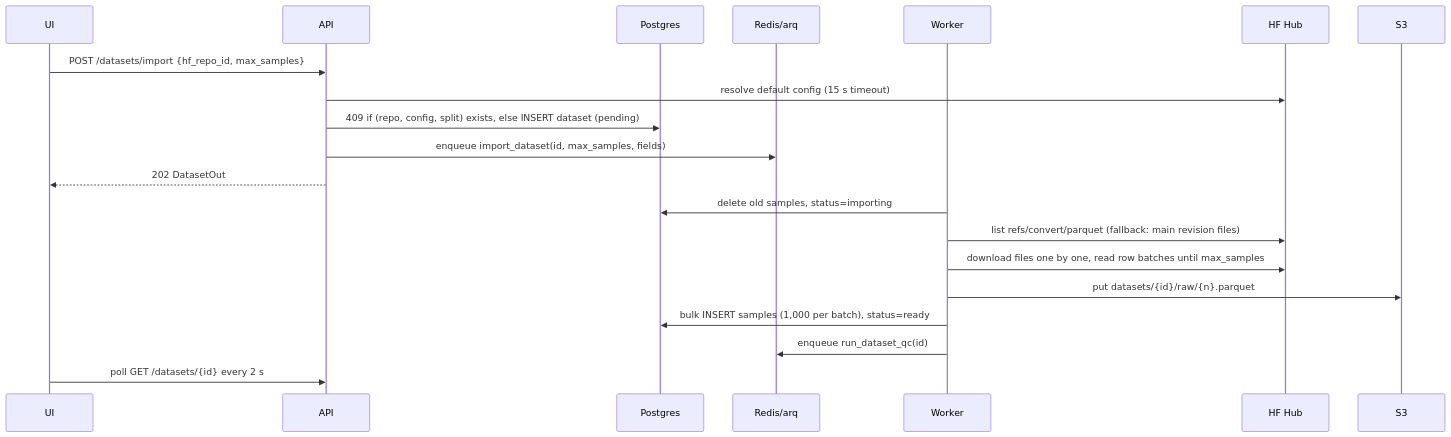
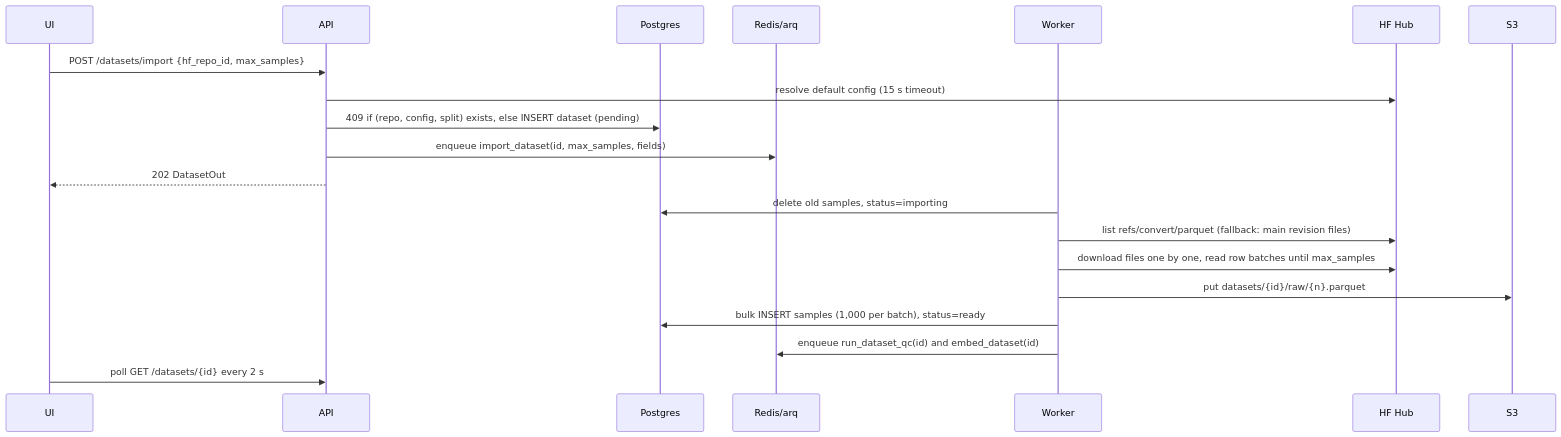
The second of 6 diagrams in docs/walkthrough.md (sangamyo/datalens), drawn with Mermaid before and after one commit. The commit also changed other lines of this file and 27 other files, not shown here.

````diff
--- a/docs/walkthrough.md
+++ b/docs/walkthrough.md
@@ -61,22 +61,22 @@
 ```mermaid
 sequenceDiagram
     participant UI
     participant API
     participant DB as Postgres
     participant Q as Redis/arq
     participant W as Worker
     participant HF as HF Hub
     participant S3
     UI->>API: POST /datasets/import {hf_repo_id, max_samples}
     API->>HF: resolve default config (15 s timeout)
     API->>DB: 409 if (repo, config, split) exists, else INSERT dataset (pending)
     API->>Q: enqueue import_dataset(id, max_samples, fields)
     API-->>UI: 202 DatasetOut
     W->>DB: delete old samples, status=importing
     W->>HF: list refs/convert/parquet (fallback: main revision files)
     W->>HF: download files one by one, read row batches until max_samples
     W->>S3: put datasets/{id}/raw/{n}.parquet
     W->>DB: bulk INSERT samples (1,000 per batch), status=ready
-    W->>Q: enqueue run_dataset_qc(id)
+    W->>Q: enqueue run_dataset_qc(id) and embed_dataset(id)
     UI->>API: poll GET /datasets/{id} every 2 s
 ```
````
